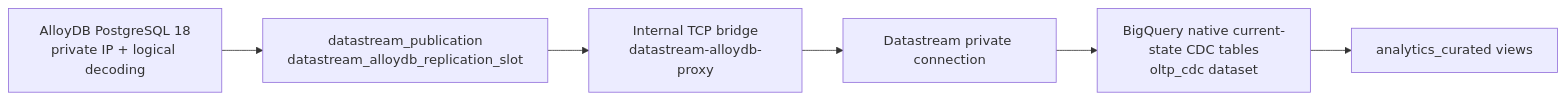
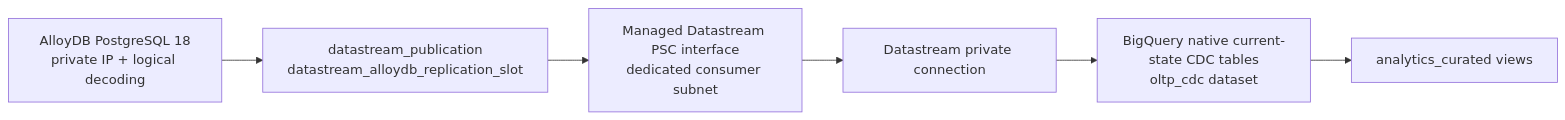
The first of 2 diagrams in docs/architecture/data-platform/apache_iceberg_cdc_datalake_architecture.md (GoogleCloudPlatform/fsi-gecx-bundle), drawn with Mermaid before and after one commit. The commit also changed other lines of this file and 13 other files, not shown here.

Commit message:
feat(infra): replace Datastream bridge with PSC

````diff
--- a/docs/architecture/data-platform/apache_iceberg_cdc_datalake_architecture.md
+++ b/docs/architecture/data-platform/apache_iceberg_cdc_datalake_architecture.md
@@ -7,8 +7,8 @@
 ```mermaid
 flowchart LR
     AlloyDB["AlloyDB PostgreSQL 18<br/>private IP + logical decoding"] --> Publication["datastream_publication<br/>datastream_alloydb_replication_slot"]
-    Publication --> Bridge["Internal TCP bridge<br/>datastream-alloydb-proxy"]
-    Bridge --> Datastream["Datastream private connection"]
+    Publication --> PSC["Managed Datastream PSC interface<br/>dedicated consumer subnet"]
+    PSC --> Datastream["Datastream private connection"]
     Datastream --> NativeBQ["BigQuery native current-state CDC tables<br/>oltp_cdc dataset"]
     NativeBQ --> Curated["analytics_curated views"]
 ```
````
